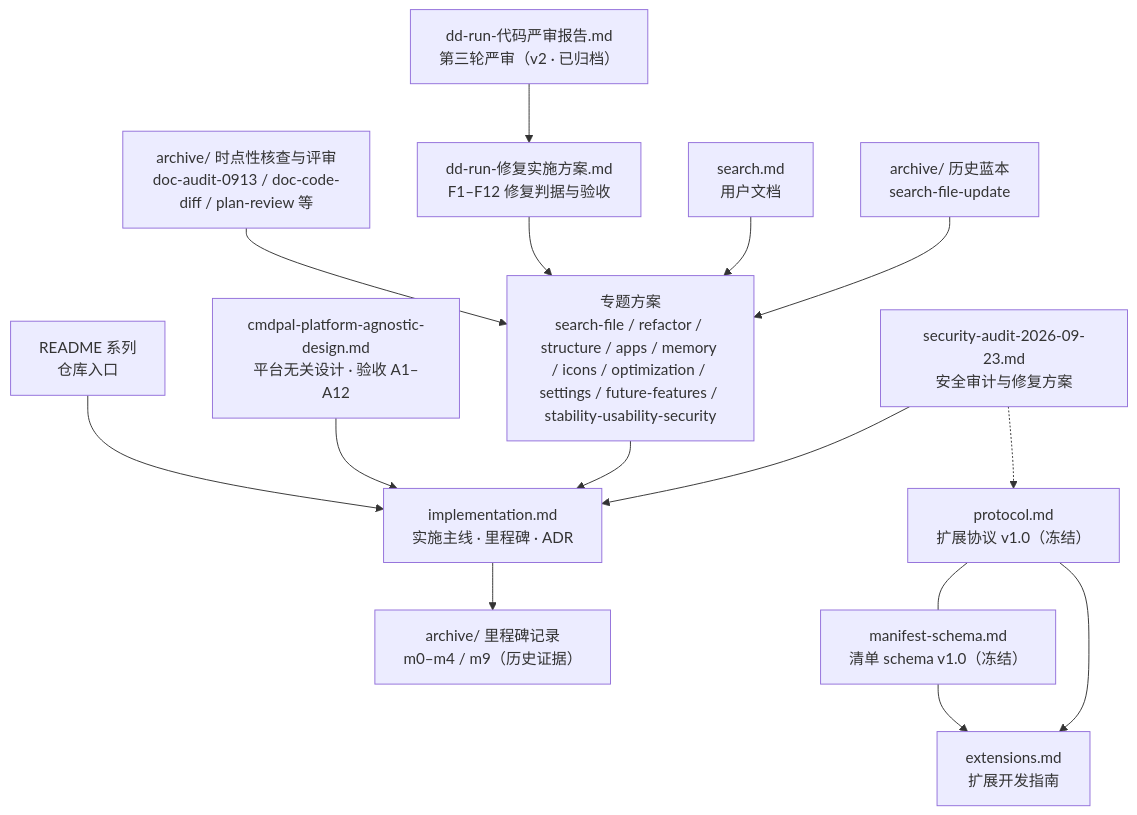
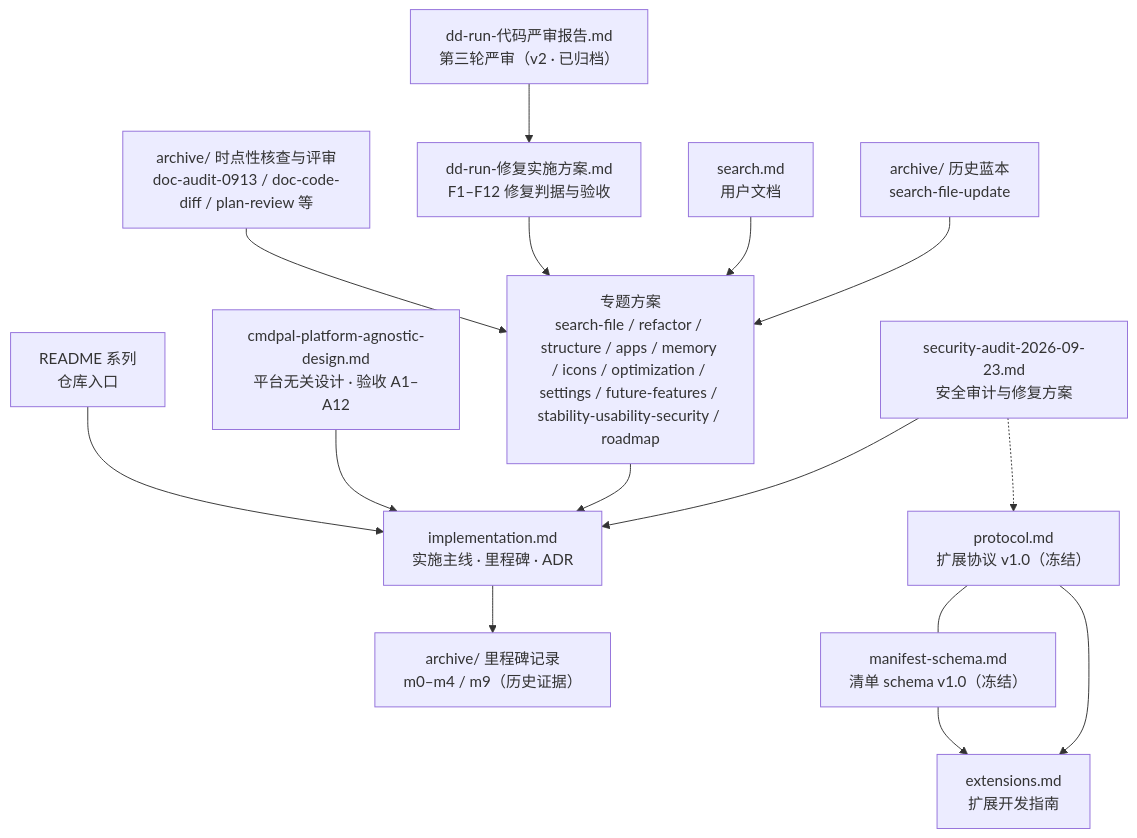
The diagram in docs/INDEX.md (Yang-SH/dd-run), drawn with Mermaid before and after one commit. The commit also changed other lines of this file and 17 other files, not shown here.

````diff
--- a/docs/INDEX.md
+++ b/docs/INDEX.md
@@ -25,20 +25,20 @@
 ```mermaid
 flowchart TD
     README["README 系列<br/>仓库入口"] --> IMPL
     IMPL["implementation.md<br/>实施主线 · 里程碑 · ADR"]
     DESIGN["cmdpal-platform-agnostic-design.md<br/>平台无关设计 · 验收 A1–A12"] --> IMPL
     IMPL --> REC["archive/ 里程碑记录<br/>m0–m4 / m9（历史证据）"]
 
     PROTO["protocol.md<br/>扩展协议 v1.0（冻结）"] --- MANIFEST["manifest-schema.md<br/>清单 schema v1.0（冻结）"]
     MANIFEST --> EXT["extensions.md<br/>扩展开发指南"]
     PROTO --> EXT
 
-    PLAN["专题方案<br/>search-file / refactor / structure / apps / memory / icons / optimization / settings / future-features / stability-usability-security"] --> IMPL
+    PLAN["专题方案<br/>search-file / refactor / structure / apps / memory / icons / optimization / settings / future-features / stability-usability-security / roadmap"] --> IMPL
     REVIEW["archive/ 时点性核查与评审<br/>doc-audit-0913 / doc-code-diff / plan-review 等"] --> PLAN
     FIX["dd-run-修复实施方案.md<br/>F1–F12 修复判据与验收"] --> PLAN
     REV3["dd-run-代码严审报告.md<br/>第三轮严审（v2 · 已归档）"] --> FIX
     AUDIT["security-audit-2026-09-23.md<br/>安全审计与修复方案"] --> IMPL
     AUDIT -.-> PROTO
     USERDOC["search.md<br/>用户文档"] --> PLAN
     ARCHIVE["archive/ 历史蓝本<br/>search-file-update"] --> PLAN
 ```
````
